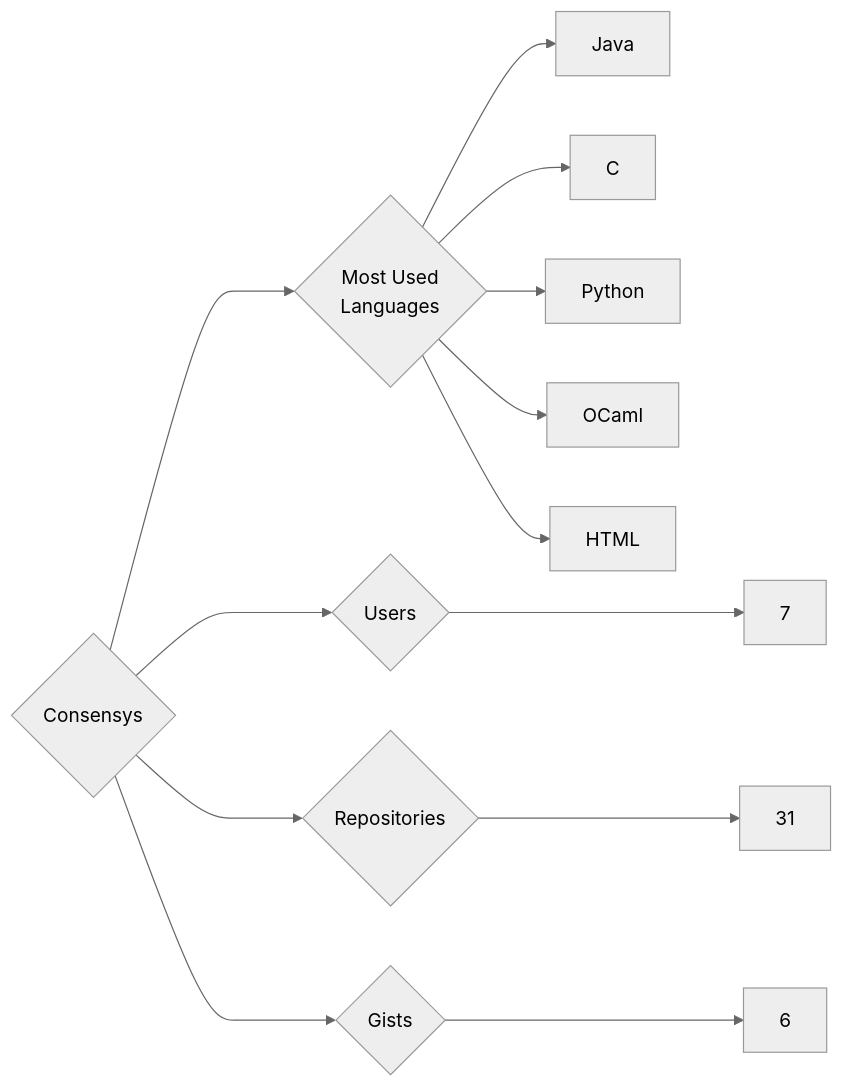
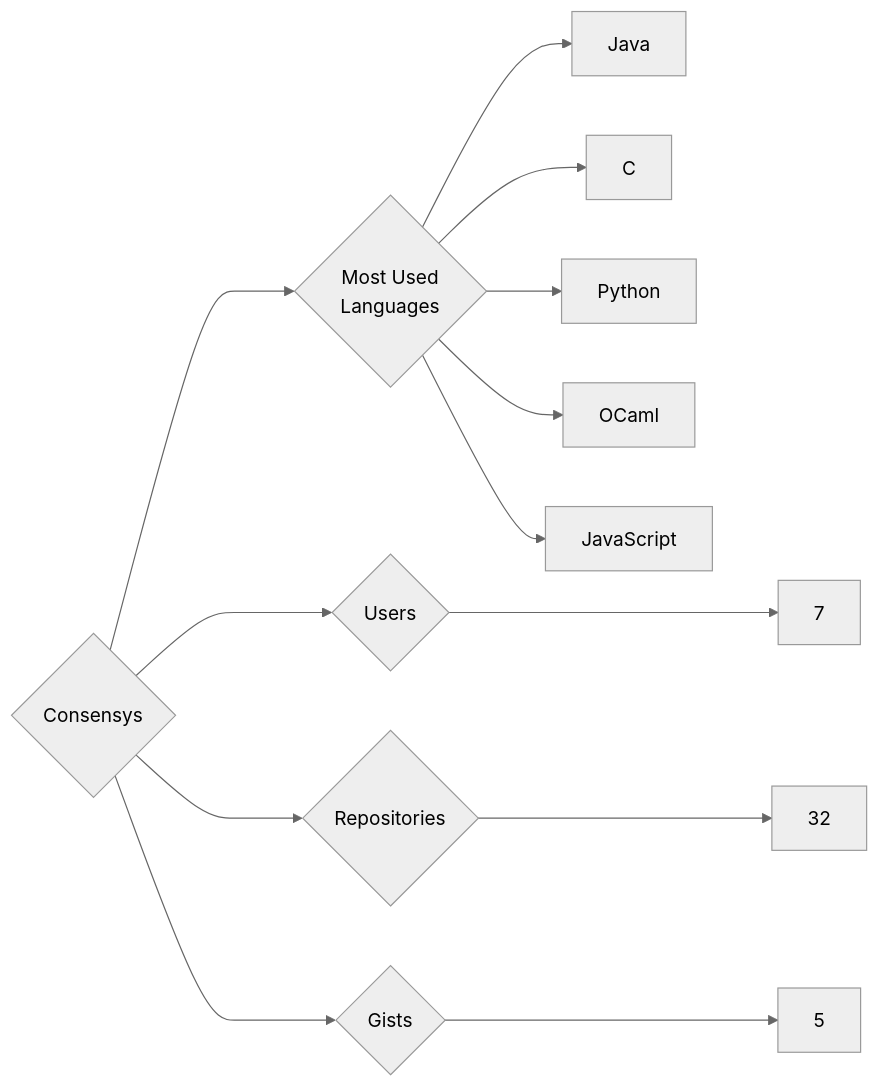
The diagram in targets/Consensys/README.md (trickest/insiders), drawn with Mermaid (neutral theme) before and after one commit. The commit also changed 988 other files, not shown here.

````diff
--- a/targets/Consensys/README.md
+++ b/targets/Consensys/README.md
@@ -3,13 +3,13 @@
 ```mermaid
 graph LR
 COMPANY_NAME{Consensys}
 COMPANY_NAME ---> U{Users} ---> UN[7]
-COMPANY_NAME ---> R{Repositories} ---> RN[31]
-COMPANY_NAME ---> G{Gists} ---> GN[6]
+COMPANY_NAME ---> R{Repositories} ---> RN[32]
+COMPANY_NAME ---> G{Gists} ---> GN[5]
 COMPANY_NAME ---> ML{Most Used<br>Languages}
 ML --> Java[Java]
 ML --> C[C]
 ML --> Python[Python]
 ML --> OCaml[OCaml]
-ML --> HTML[HTML]
+ML --> JavaScript[JavaScript]
 ```
````
